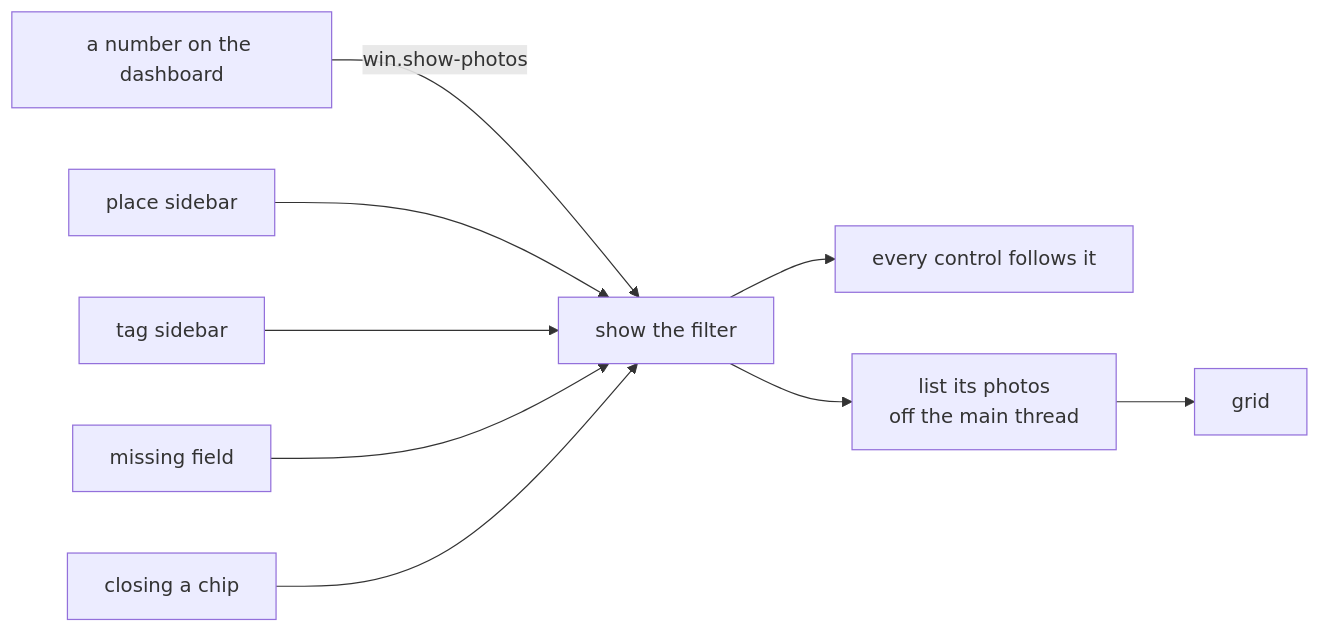
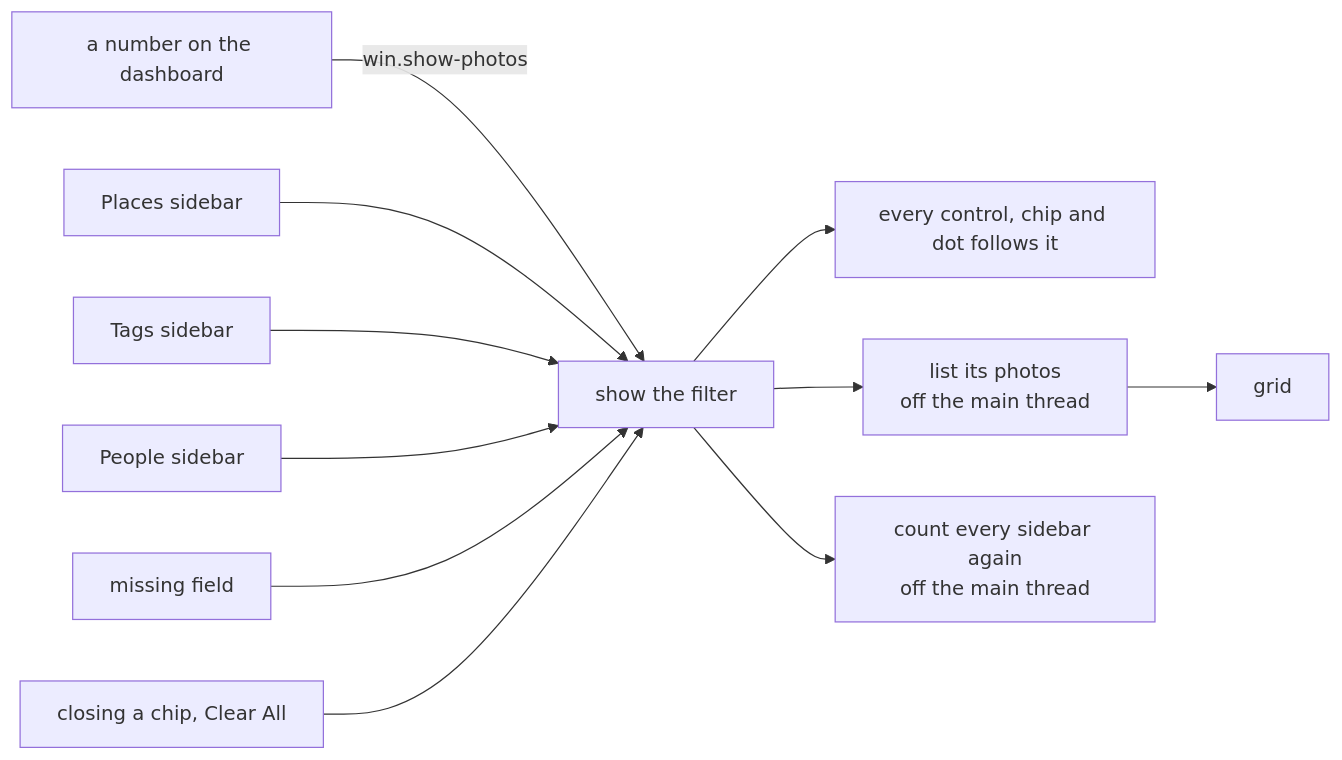
The first of 2 diagrams in docs/gallery.md (xuedi/photoManager), drawn with Mermaid before and after one commit. The commit also changed other lines of this file and 31 other files, not shown here.

Commit message:
people from immich in their own field, a people list and the filter as chips

````diff
--- a/docs/gallery.md
+++ b/docs/gallery.md
@@ -26,11 +40,13 @@
 ```mermaid
 flowchart LR
     dashboard[a number on the dashboard] -- win.show-photos --> show
-    places[place sidebar] --> show
-    tags[tag sidebar] --> show
+    places[Places sidebar] --> show
+    tags[Tags sidebar] --> show
+    people[People sidebar] --> show
     gap[missing field] --> show
-    chip[closing a chip] --> show
-    show[show the filter] --> controls[every control follows it]
+    chip[closing a chip, Clear All] --> show
+    show[show the filter] --> controls[every control, chip and dot follows it]
     show --> query[list its photos<br/>off the main thread]
+    show --> recount[count every sidebar again<br/>off the main thread]
     query --> grid
 ```
````
